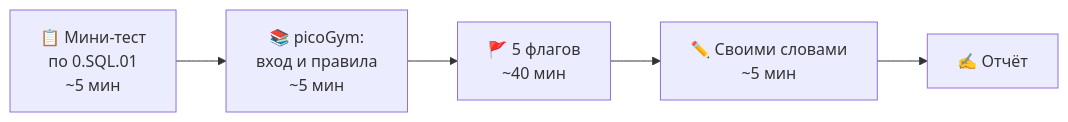
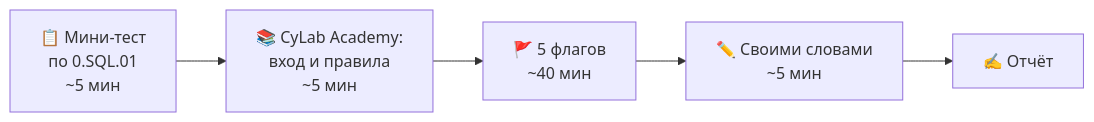
One commit to COMPACTBLUEFAN/turoring changed the first of 2 diagrams in Фаза 0/Недели/Неделя 02 (26.10–01.11)/Интерес — 0.CTF.01.md. Above: the diagram before and after it, drawn with Mermaid. The commit also changed other lines of this file and 83 other files, not shown here.

````diff
--- a/Фаза 0/Недели/Неделя 02 (26.10–01.11)/Интерес — 0.CTF.01.md
+++ b/Фаза 0/Недели/Неделя 02 (26.10–01.11)/Интерес — 0.CTF.01.md
@@ -8,4 +8,4 @@
 ```mermaid
 flowchart LR
-    A["📋 Мини-тест<br/>по 0.SQL.01<br/>~5 мин"] --> B["📚 picoGym:<br/>вход и правила<br/>~5 мин"] --> C["🚩 5 флагов<br/>~40 мин"] --> D["✏️ Своими словами<br/>~5 мин"] --> E["✍️ Отчёт"]
+    A["📋 Мини-тест<br/>по 0.SQL.01<br/>~5 мин"] --> B["📚 CyLab Academy:<br/>вход и правила<br/>~5 мин"] --> C["🚩 5 флагов<br/>~40 мин"] --> D["✏️ Своими словами<br/>~5 мин"] --> E["✍️ Отчёт"]
 ```
````
